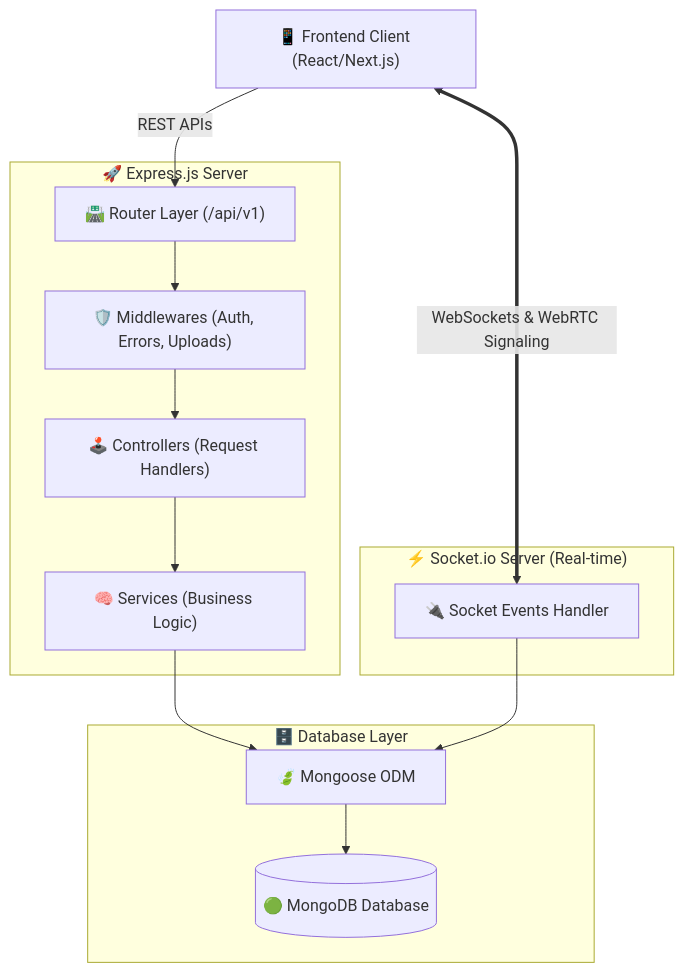
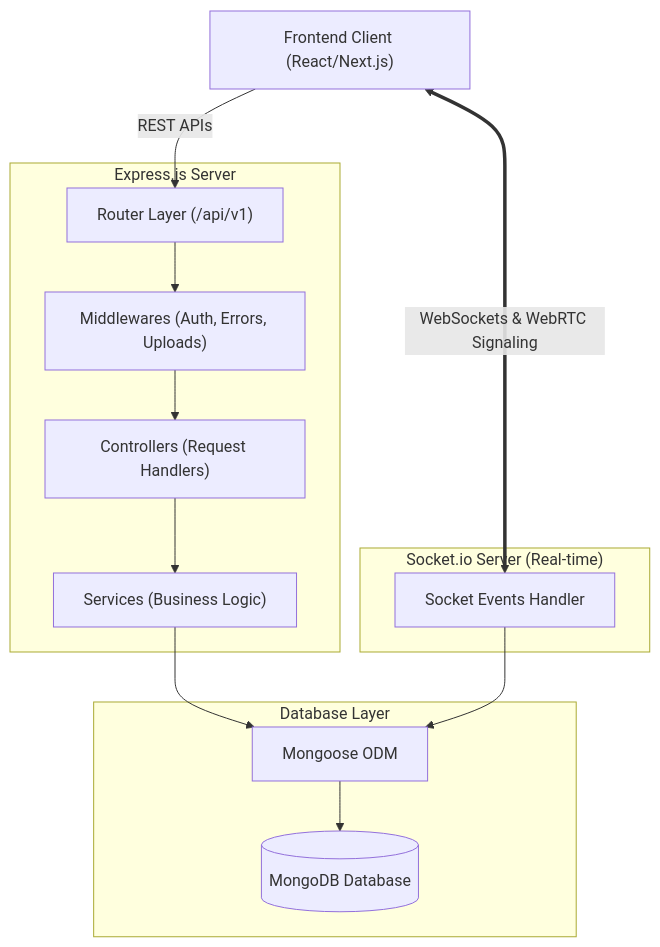
The first of 3 diagrams in README.md (MazenMohammed534/whatsapp-clone-backend), drawn with Mermaid before and after one commit. The commit also changed other lines of this file, not shown here.

````diff
--- a/README.md
+++ b/README.md
@@ -17,31 +17,31 @@
 ```mermaid
 graph TD
-    Client["📱 Frontend Client (React/Next.js)"]
+    Client["Frontend Client (React/Next.js)"]
     
-    subgraph ExpressApp ["🚀 Express.js Server"]
-        Router["🛣️ Router Layer (/api/v1)"]
-        Controllers["🕹️ Controllers (Request Handlers)"]
-        Services["🧠 Services (Business Logic)"]
-        Middlewares["🛡️ Middlewares (Auth, Errors, Uploads)"]
+    subgraph ExpressApp ["Express.js Server"]
+        Router["Router Layer (/api/v1)"]
+        Controllers["Controllers (Request Handlers)"]
+        Services["Services (Business Logic)"]
+        Middlewares["Middlewares (Auth, Errors, Uploads)"]
     end
     
-    subgraph Sockets ["⚡ Socket.io Server (Real-time)"]
-        SocketServer["🔌 Socket Events Handler"]
+    subgraph Sockets ["Socket.io Server (Real-time)"]
+        SocketServer["Socket Events Handler"]
     end
     
-    subgraph Data ["🗄️ Database Layer"]
-        Mongoose["🍃 Mongoose ODM"]
-        MongoDB[("🟢 MongoDB Database")]
+    subgraph Data ["Database Layer"]
+        Mongoose["Mongoose ODM"]
+        MongoDB[("MongoDB Database")]
     end
     
     Client -->|REST APIs| Router
     Router --> Middlewares
     Middlewares --> Controllers
     Controllers --> Services
     Services --> Mongoose
     
     Client <==>|WebSockets & WebRTC Signaling| SocketServer
     SocketServer --> Mongoose
     
     Mongoose --> MongoDB
 ```
````
